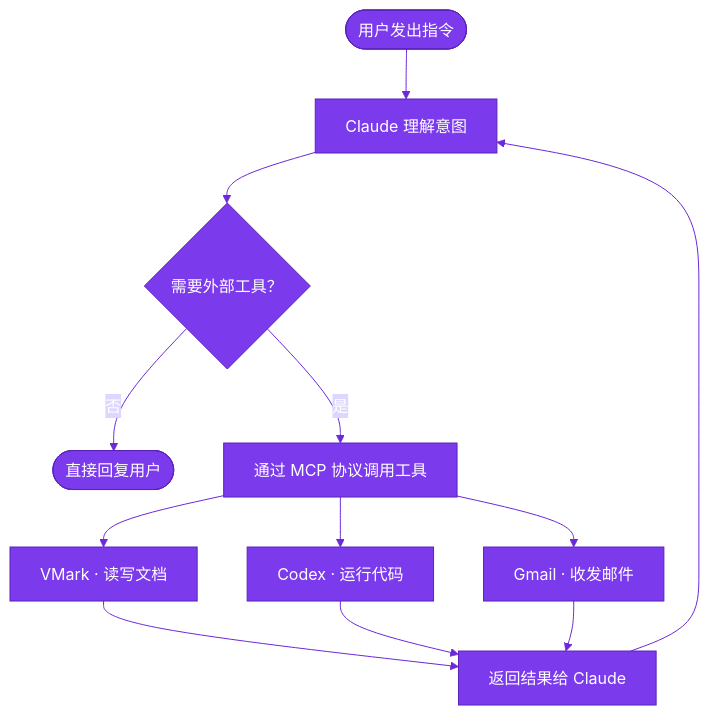
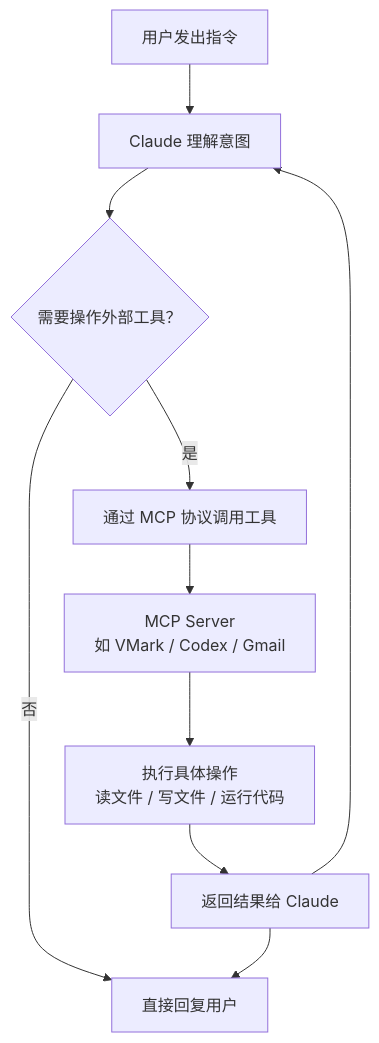
Before and after one commit to junyanwang77/ai-learning-notes: the diagram in MCP/我是怎么在一天内搞懂MCP的.md, drawn with Mermaid. The commit also changed other lines of this file, not shown here.

````diff
--- a/MCP/我是怎么在一天内搞懂MCP的.md
+++ b/MCP/我是怎么在一天内搞懂MCP的.md
@@ -41,13 +41,12 @@
 ```mermaid
-%%{init: {'theme': 'base', 'themeVariables': {'primaryColor': '#7C3AED', 'primaryTextColor': '#fff', 'primaryBorderColor': '#5B21B6', 'lineColor': '#6D28D9', 'secondaryColor': '#DDD6FE', 'tertiaryColor': '#F5F3FF'}}}%%
 flowchart TD
-    A([用户发出指令]) --> B[Claude 理解意图]
-    B --> C{需要外部工具？}
-    C -- 否 --> D([直接回复用户])
+    A[用户发出指令] --> B[Claude 理解意图]
+    B --> C{需要操作外部工具？}
+    C -- 否 --> D[直接回复用户]
     C -- 是 --> E[通过 MCP 协议调用工具]
-    E --> F1[VMark · 读写文档]
-    E --> F2[Codex · 运行代码]
-    E --> F3[Gmail · 收发邮件]
-    F1 & F2 & F3 --> G[返回结果给 Claude]
-    G --> B
+    E --> F[MCP Server\n如 VMark / Codex / Gmail]
+    F --> G[执行具体操作\n读文件 / 写文件 / 运行代码]
+    G --> H[返回结果给 Claude]
+    H --> B
+    H --> D
 ```
````
